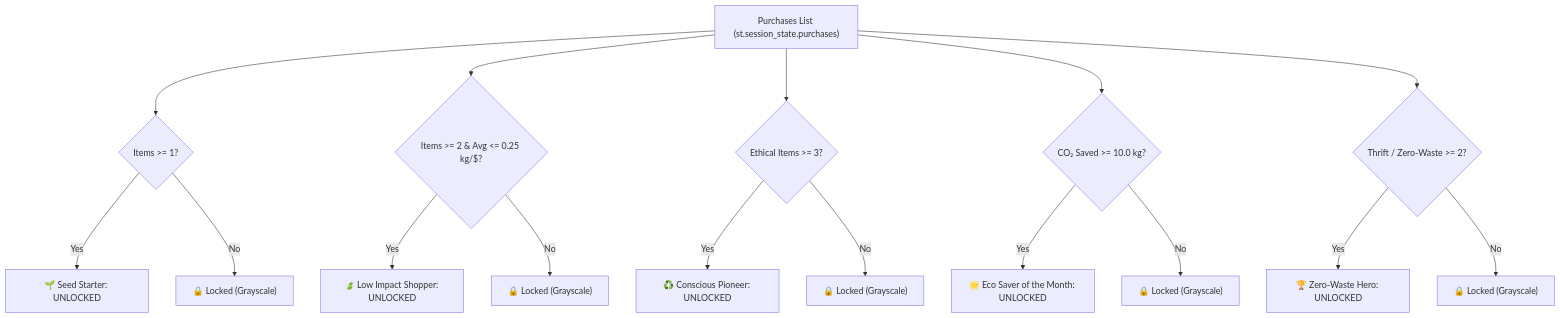
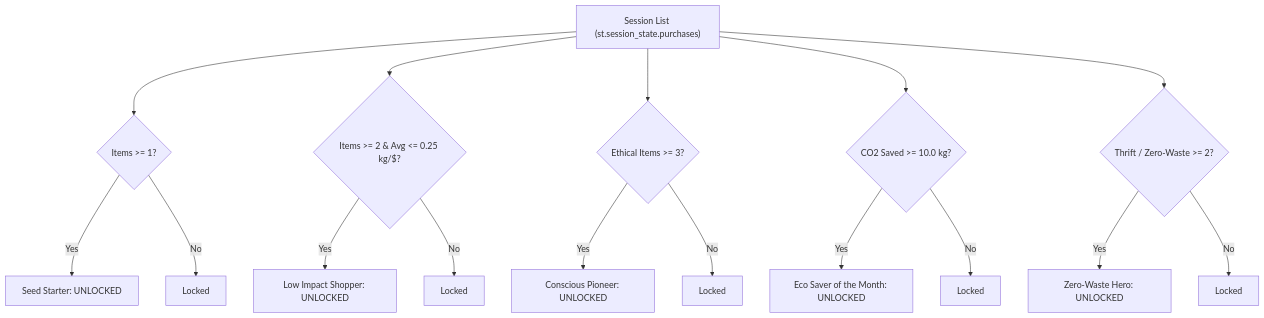
One commit to parthibcpana/IDAI102-1000544-PARTH-PARVINBHAI-GAJERA-SA changed the fifth of 8 diagrams in README.md. Above: the diagram before and after it, drawn with Mermaid. The commit also changed other lines of this file and 5 other files, not shown here.

````diff
--- a/README.md
+++ b/README.md
@@ -220,22 +214,22 @@
 ```mermaid
 flowchart TD
-    L["Purchases List (st.session_state.purchases)"] --> C1{"Items >= 1?"}
-    C1 -- Yes --> B1["🌱 Seed Starter: UNLOCKED"]
-    C1 -- No --> L1["🔒 Locked (Grayscale)"]
+    L["Session List (st.session_state.purchases)"] --> C1{"Items >= 1?"}
+    C1 -- Yes --> B1["Seed Starter: UNLOCKED"]
+    C1 -- No --> L1["Locked"]
 
     L --> C2{"Items >= 2 & Avg <= 0.25 kg/$?"}
-    C2 -- Yes --> B2["🍃 Low Impact Shopper: UNLOCKED"]
-    C2 -- No --> L2["🔒 Locked (Grayscale)"]
+    C2 -- Yes --> B2["Low Impact Shopper: UNLOCKED"]
+    C2 -- No --> L2["Locked"]
 
     L --> C3{"Ethical Items >= 3?"}
-    C3 -- Yes --> B3["♻️ Conscious Pioneer: UNLOCKED"]
-    C3 -- No --> L3["🔒 Locked (Grayscale)"]
+    C3 -- Yes --> B3["Conscious Pioneer: UNLOCKED"]
+    C3 -- No --> L3["Locked"]
 
-    L --> C4{"CO₂ Saved >= 10.0 kg?"}
-    C4 -- Yes --> B4["🌟 Eco Saver of the Month: UNLOCKED"]
-    C4 -- No --> L4["🔒 Locked (Grayscale)"]
+    L --> C4{"CO2 Saved >= 10.0 kg?"}
+    C4 -- Yes --> B4["Eco Saver of the Month: UNLOCKED"]
+    C4 -- No --> L4["Locked"]
 
     L --> C5{"Thrift / Zero-Waste >= 2?"}
-    C5 -- Yes --> B5["🏆 Zero-Waste Hero: UNLOCKED"]
-    C5 -- No --> L5["🔒 Locked (Grayscale)"]
+    C5 -- Yes --> B5["Zero-Waste Hero: UNLOCKED"]
+    C5 -- No --> L5["Locked"]
 ```
````
